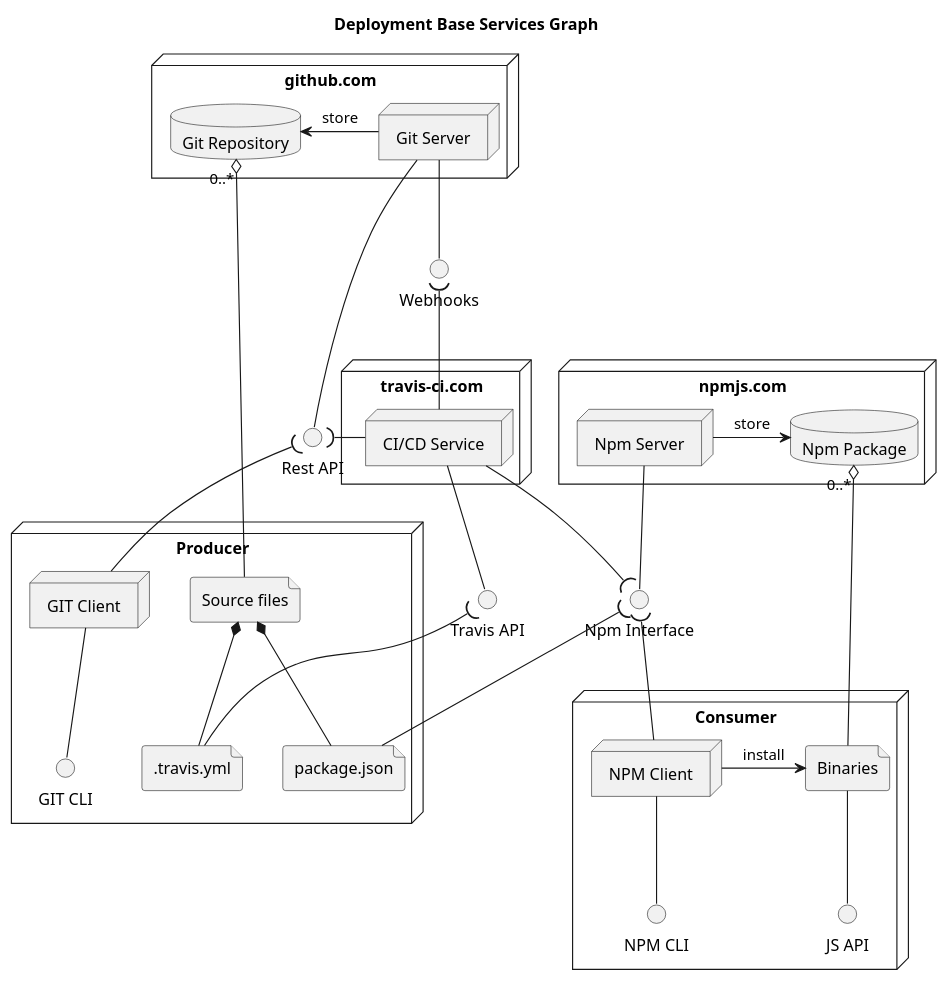
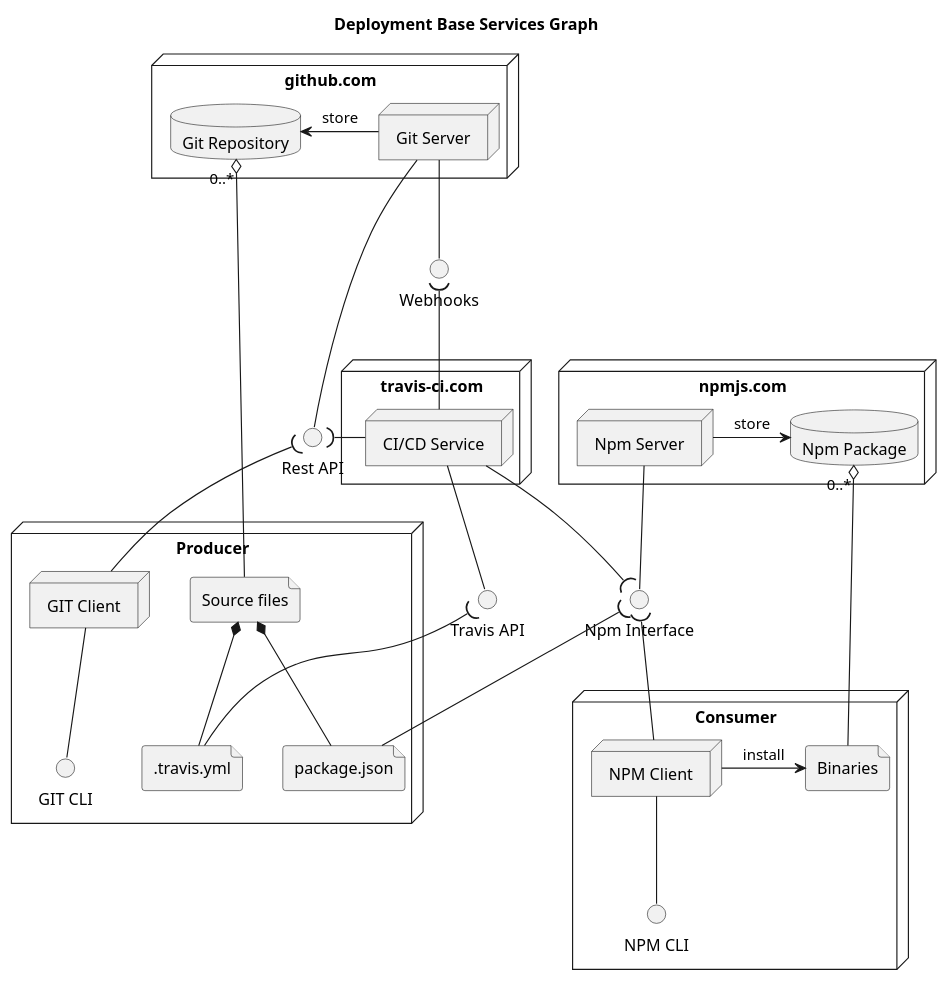
One commit to imazzine/design changed the diagram in uml/cli/deployment/services_graph.puml. Above: the diagram before and after it, drawn with PlantUML. The commit also changed 1 other file, not shown here.

```diff
--- a/uml/cli/deployment/services_graph.puml
+++ b/uml/cli/deployment/services_graph.puml
@@ -1,60 +1,57 @@
 @startuml services_graph
 
     title Deployment Base Services Graph
 
     node "github.com" as github {
-        database "Git Repository" as GitRepo [[https://github.com/imazzine/cli]]
+        database "Git Repository" as GitRepo [[https://github.com/imazzine/cli/tree/0.0.0]]
         node "Git Server" as GitServer
         GitRepo <- GitServer: store
     }
     interface "Webhooks" as Webhooks [[https://developer.github.com/webhooks/]]
     interface "Rest API" as GitRestApi [[https://developer.github.com/v3/]]
     GitServer -- Webhooks
     GitServer -- GitRestApi
     
     node "npmjs.com" as npmjs {
         node "Npm Server" as NpmService
-        database "Npm Package" as NpmPackage [[https://www.npmjs.com/package/@imazzine/cli]]
+        database "Npm Package" as NpmPackage [[https://www.npmjs.com/package/@imazzine/cli/v/0.0.0]]
         NpmService -> NpmPackage: store
     }
     interface "Npm Interface" as NpmInterface [[https://docs.npmjs.com/]]
     NpmService -- NpmInterface
 
-    node "travis-ci.com" as CICDServer {
-        node "CI/CD Service" as CICDService [[https://travis-ci.com/imazzine/cli]]
+    node "travis-ci.com" as CiCdServer {
+        node "CI/CD Service" as CiCdService [[https://travis-ci.com/imazzine/cli]]
     }
-    interface "Travis API" as CICDInterface [[https://docs.travis-ci.com/user/languages/javascript-with-nodejs/]]
-    CICDService -- CICDInterface
-    Webhooks )-- CICDService
-    GitRestApi )- CICDService
-    CICDService --( NpmInterface
+    interface "Travis API" as CiCdInterface [[https://docs.travis-ci.com/user/languages/javascript-with-nodejs/]]
+    CiCdService -- CiCdInterface
+    Webhooks )-- CiCdService
+    GitRestApi )- CiCdService
+    CiCdService --( NpmInterface
     
     node "Producer" as Producer {
         node "GIT Client" as GitClient [[https://git-scm.com/downloads]]
         interface "GIT CLI" as GitCli [[https://git-scm.com/book/en/v2/Getting-Started-The-Command-Line]]
         GitClient -- GitCli
 
-        file "Source files" as Sources [[https://github.com/imazzine/cli]]
-        file ".travis.yml" as CICDConf [[https://github.com/imazzine/cli/blob/master/.travis.yml]]
-        file "package.json" as NPMConfig [[https://github.com/imazzine/cli/blob/master/package.json]]
+        file "Source files" as Sources [[https://github.com/imazzine/cli/tree/0.0.0]]
+        file ".travis.yml" as CiCdConf [[https://github.com/imazzine/cli/blob/0.0.0/.travis.yml]]
+        file "package.json" as NpmConfig [[https://github.com/imazzine/cli/blob/0.0.0/package.json]]
         GitRepo "0..*" o-- Sources
-        Sources *-- CICDConf
-        Sources *-- NPMConfig
+        Sources *-- CiCdConf
+        Sources *-- NpmConfig
         GitRestApi )-- GitClient
-        CICDInterface )-- CICDConf
-        NpmInterface )-- NPMConfig
+        CiCdInterface )-- CiCdConf
+        NpmInterface )-- NpmConfig
     }
 
     node "Consumer" as Consumer {
-        node "NPM Client" as NPMClient [[https://www.npmjs.com/get-npm]]
+        node "NPM Client" as NpmClient [[https://www.npmjs.com/get-npm]]
         interface "NPM CLI" as BIN [[https://docs.npmjs.com/cli-documentation/]]
-        NpmInterface )-- NPMClient
-        NPMClient -- BIN
-
+        NpmInterface )-- NpmClient
+        NpmClient -- BIN
         file "Binaries" as Binaries
-        interface "JS API" as API
         NpmPackage "0..*" o-- Binaries
-        NPMClient -> Binaries: install
-        Binaries -- API
+        NpmClient -> Binaries: install
     }
 @enduml
```
